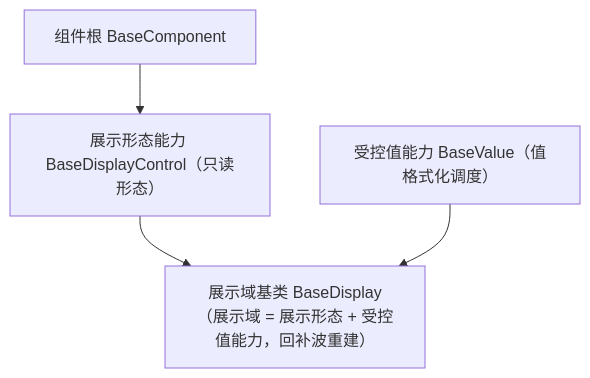
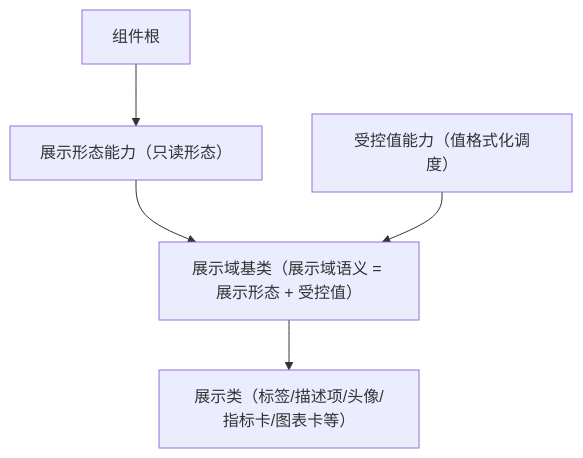
Before and after one commit to minjian123/basic-management-system: the diagram in bms文档/设计/组件设计/02_基础组件类/02_能力类/03_组件设计_展示形态能力/03_组件设计_展示形态能力.md, drawn with Mermaid. The commit also changed other lines of this file and 238 other files, not shown here.

````diff
--- a/bms文档/设计/组件设计/02_基础组件类/02_能力类/03_组件设计_展示形态能力/03_组件设计_展示形态能力.md
+++ b/bms文档/设计/组件设计/02_基础组件类/02_能力类/03_组件设计_展示形态能力/03_组件设计_展示形态能力.md
@@ -15,6 +16,7 @@
 ```mermaid
 flowchart TD
-    COMP["组件根 BaseComponent"] --> DC["展示形态能力 BaseDisplayControl（只读形态）"]
-    DC --> D["展示域基类 BaseDisplay（展示域 = 展示形态 + 受控值能力，回补波重建）"]
-    HV["受控值能力 BaseValue（值格式化调度）"] --> D
+    COMP["组件根"] --> DC["展示形态能力（只读形态）"]
+    DC --> D["展示域基类（展示域语义 = 展示形态 + 受控值）"]
+    V["受控值能力（值格式化调度）"] --> D
+    D --> G["展示类（标签/描述项/头像/指标卡/图表卡等）"]
 ```
````
